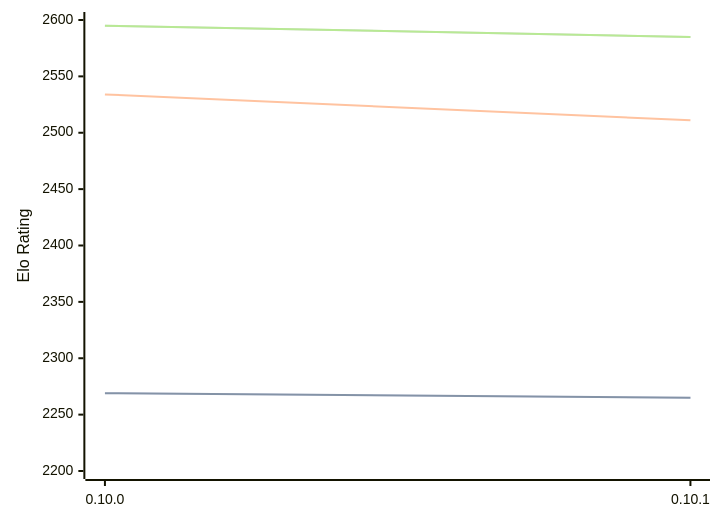
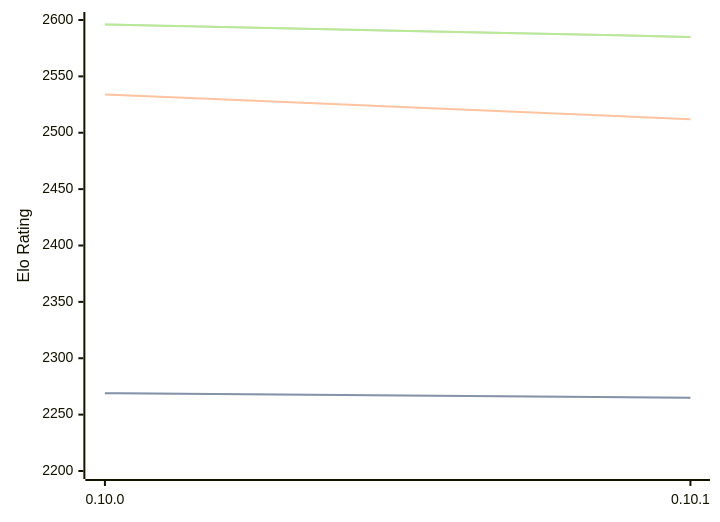
The diagram in engines/Fatalii.md (computer-chess-index/cci), drawn with Mermaid before and after one commit. The commit also changed other lines of this file, not shown here.

Commit message:
Update CCI Ratings (ELO VLTC) - 2026-05-22

````diff
--- a/engines/Fatalii.md
+++ b/engines/Fatalii.md
@@ -46,11 +46,11 @@
 ```mermaid
 %%{init: {"theme":"base","themeVariables":{"seriesColors:['#a3a3a3','#222221','#faa371']}}}%%
 xychart-beta
   x-axis ["0.10.0", "0.10.1"]
   y-axis "Elo Rating" 2200 --> 2600
   line "STC (8.0+0.08s)" [2269, 2265]
   line "STC (8.0+0.08s)" [2269, 2265]
-  line "LTC (60.0+0.60s)" [2534, 2511]
-  line "VLTC (2m24s+1.12s)" [2595, 2585]
-  line "VLTC (2m24s+1.12s)" [2595, 2585]
+  line "LTC (60.0+0.60s)" [2534, 2512]
+  line "VLTC (2m24s+1.12s)" [2596, 2585]
+  line "VLTC (2m24s+1.12s)" [2596, 2585]
 ```
````
